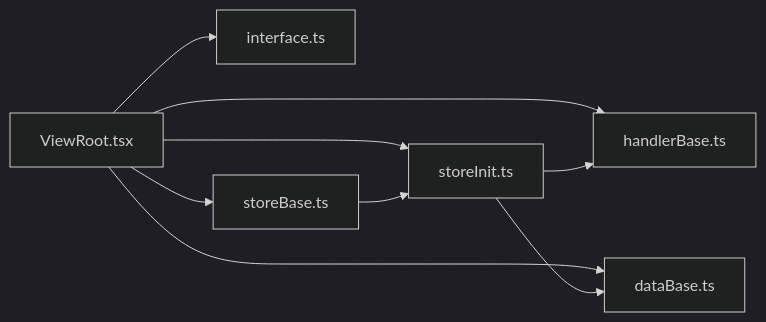
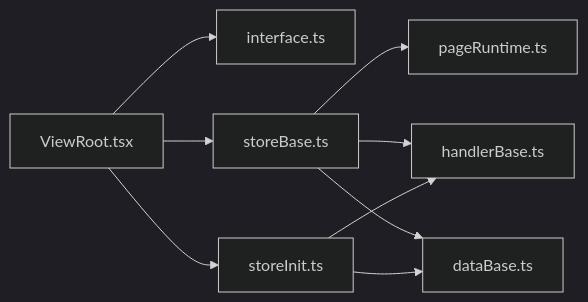
Before and after one commit to liqiongke/FrontArk: the sixth of 6 diagrams in .qoder/repowiki/zh/content/架构设计/组件化架构/核心组件/ViewRoot组件.md, drawn with Mermaid (dark theme). The commit also changed other lines of this file and 19 other files, not shown here.

````diff
--- a/.qoder/repowiki/zh/content/架构设计/组件化架构/核心组件/ViewRoot组件.md
+++ b/.qoder/repowiki/zh/content/架构设计/组件化架构/核心组件/ViewRoot组件.md
@@ -223,11 +293,11 @@
 ```mermaid
 graph LR
 VR["ViewRoot.tsx"] --> IF["interface.ts"]
 VR --> SB["storeBase.ts"]
 VR --> SI["storeInit.ts"]
-VR --> HB["handlerBase.ts"]
-VR --> DB["dataBase.ts"]
-SB --> SI
+SB --> PR["pageRuntime.ts"]
+SB --> HB["handlerBase.ts"]
+SB --> DB["dataBase.ts"]
 SI --> HB
 SI --> DB
 ```
````
